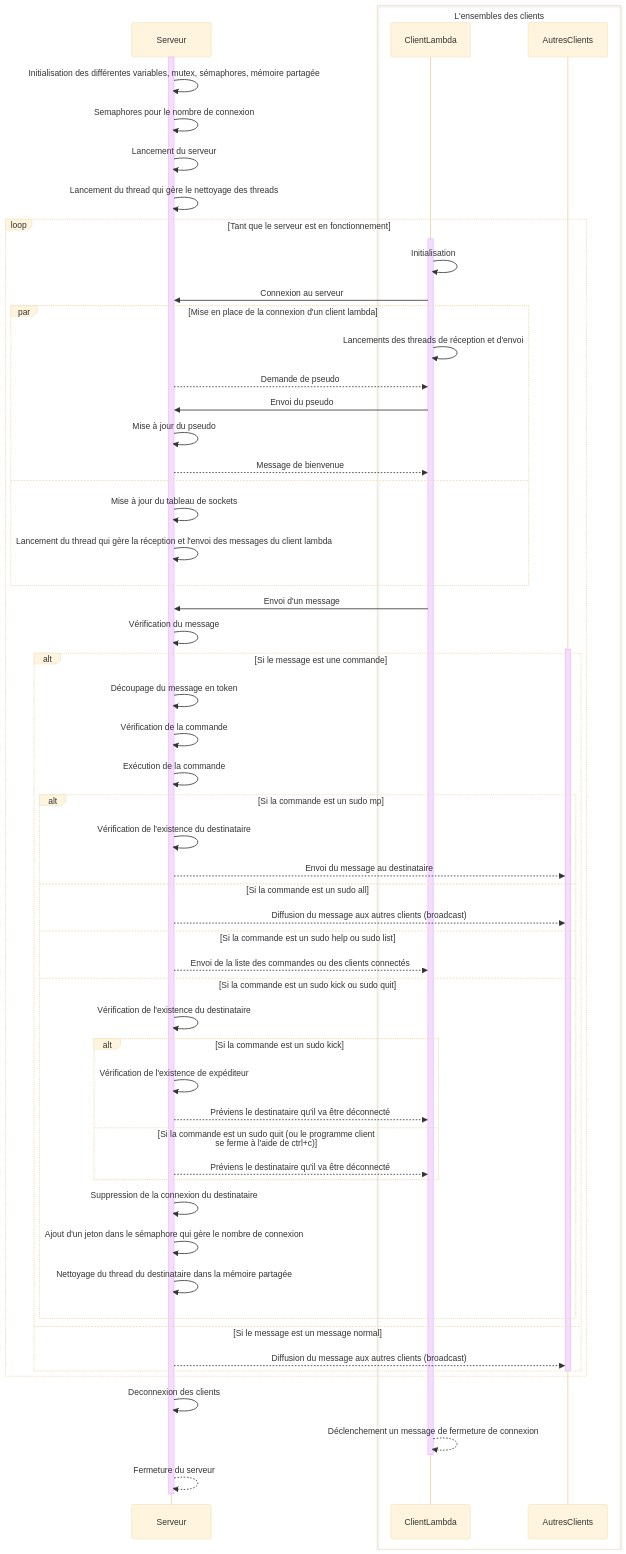
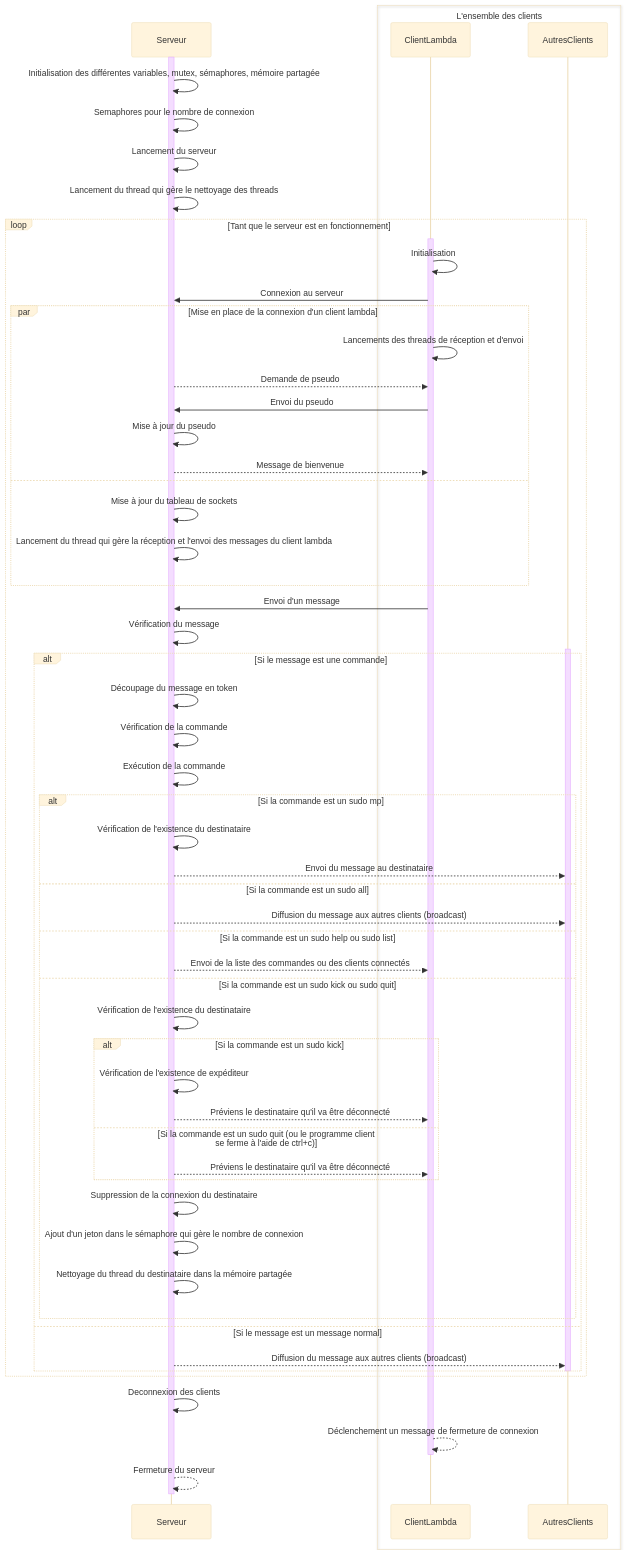
Before and after one commit to TAIP25/ig3_projet_far: the diagram in sprint2/README.md, drawn with Mermaid (base theme). The commit also changed other lines of this file, not shown here.

````diff
--- a/sprint2/README.md
+++ b/sprint2/README.md
@@ -133,77 +133,77 @@
 ```mermaid
 sequenceDiagram
         participant Serveur
-        box L'ensembles des clients
+        box L'ensemble des clients
                 participant ClientLambda
                 participant AutresClients
         end
         
         activate Serveur
         Serveur->>Serveur: Initialisation des différentes variables, mutex, sémaphores, mémoire partagée
         Serveur->>Serveur: Semaphores pour le nombre de connexion
         Serveur->>Serveur: Lancement du serveur
         Serveur->>Serveur: Lancement du thread qui gère le nettoyage des threads
         
         loop Tant que le serveur est en fonctionnement
 
                 activate ClientLambda
                 ClientLambda->>ClientLambda: Initialisation
                 ClientLambda->>Serveur: Connexion au serveur
 
                 par Mise en place de la connexion d'un client lambda
                         ClientLambda->>ClientLambda: Lancements des threads de réception et d'envoi
                         Serveur-->>ClientLambda: Demande de pseudo
                         ClientLambda->>Serveur: Envoi du pseudo
                         Serveur->>Serveur: Mise à jour du pseudo
                         Serveur-->>ClientLambda: Message de bienvenue
                 and
                         Serveur->>Serveur: Mise à jour du tableau de sockets
                         Serveur->>Serveur: Lancement du thread qui gère la réception et l'envoi des messages du client lambda
                 end
 
                 ClientLambda->>Serveur: Envoi d'un message
                 Serveur->>Serveur: Vérification du message
                 activate AutresClients
 
                 alt Si le message est une commande
                         
                         Serveur->>Serveur: Découpage du message en token
                         Serveur->>Serveur: Vérification de la commande
                         Serveur->>Serveur: Exécution de la commande
                         
                         
                         alt Si la commande est un sudo mp
                                 Serveur->>Serveur: Vérification de l'existence du destinataire
                                 Serveur-->>AutresClients: Envoi du message au destinataire
                         else Si la commande est un sudo all
                                 Serveur-->>AutresClients: Diffusion du message aux autres clients (broadcast)
                         else Si la commande est un sudo help ou sudo list
                                 Serveur-->>ClientLambda: Envoi de la liste des commandes ou des clients connectés
                         else Si la commande est un sudo kick ou sudo quit
                                 Serveur->>Serveur: Vérification de l'existence du destinataire
                                 alt Si la commande est un sudo kick
                                         Serveur->>Serveur: Vérification de l'existence de expéditeur
                                         Serveur-->>ClientLambda: Préviens le destinataire qu'il va être déconnecté
                                 else Si la commande est un sudo quit (ou le programme client se ferme à l'aide de ctrl+c)
                                         Serveur-->>ClientLambda: Préviens le destinataire qu'il va être déconnecté
                                 end
                                 Serveur->>Serveur: Suppression de la connexion du destinataire
                                 Serveur->>Serveur: Ajout d'un jeton dans le sémaphore qui gère le nombre de connexion
                                 Serveur->>Serveur: Nettoyage du thread du destinataire dans la mémoire partagée
                         end
 
                 else Si le message est un message normal
                         Serveur-->>AutresClients: Diffusion du message aux autres clients (broadcast)
                 end
 
                 deactivate AutresClients
 
         end
 
         Serveur->>Serveur: Deconnexion des clients
         ClientLambda-->>ClientLambda: Déclenchement un message de fermeture de connexion
         deactivate ClientLambda
         Serveur-->>Serveur: Fermeture du serveur
         deactivate Serveur
 
 ```
````
